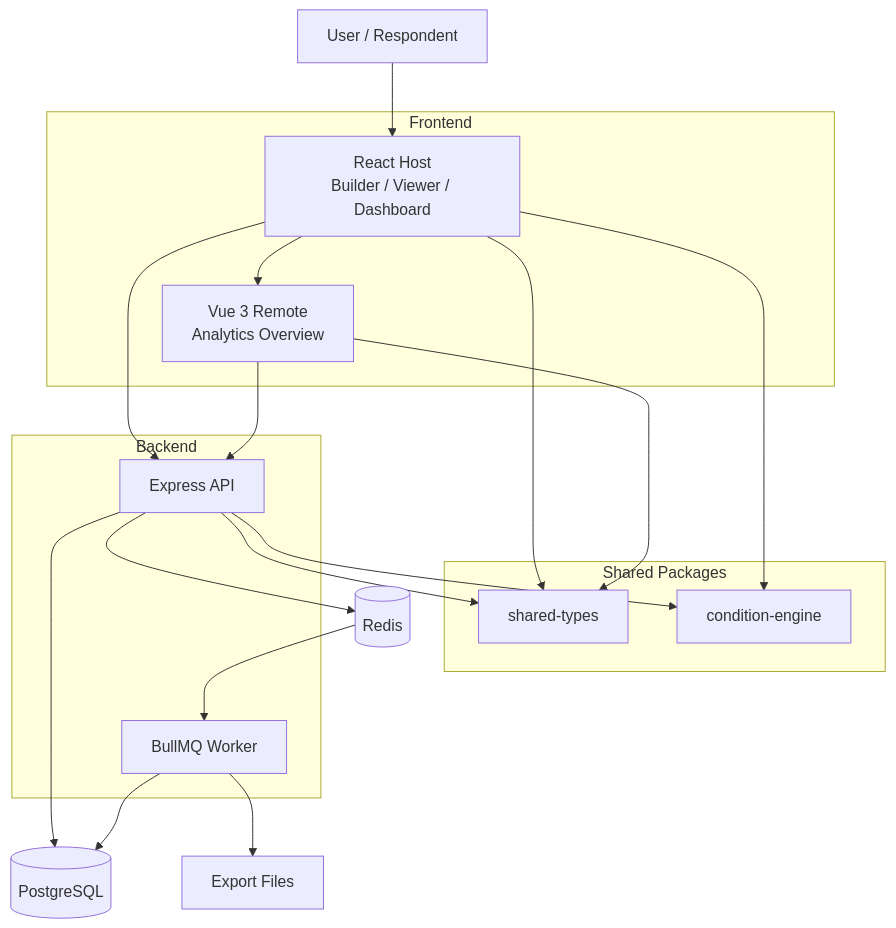
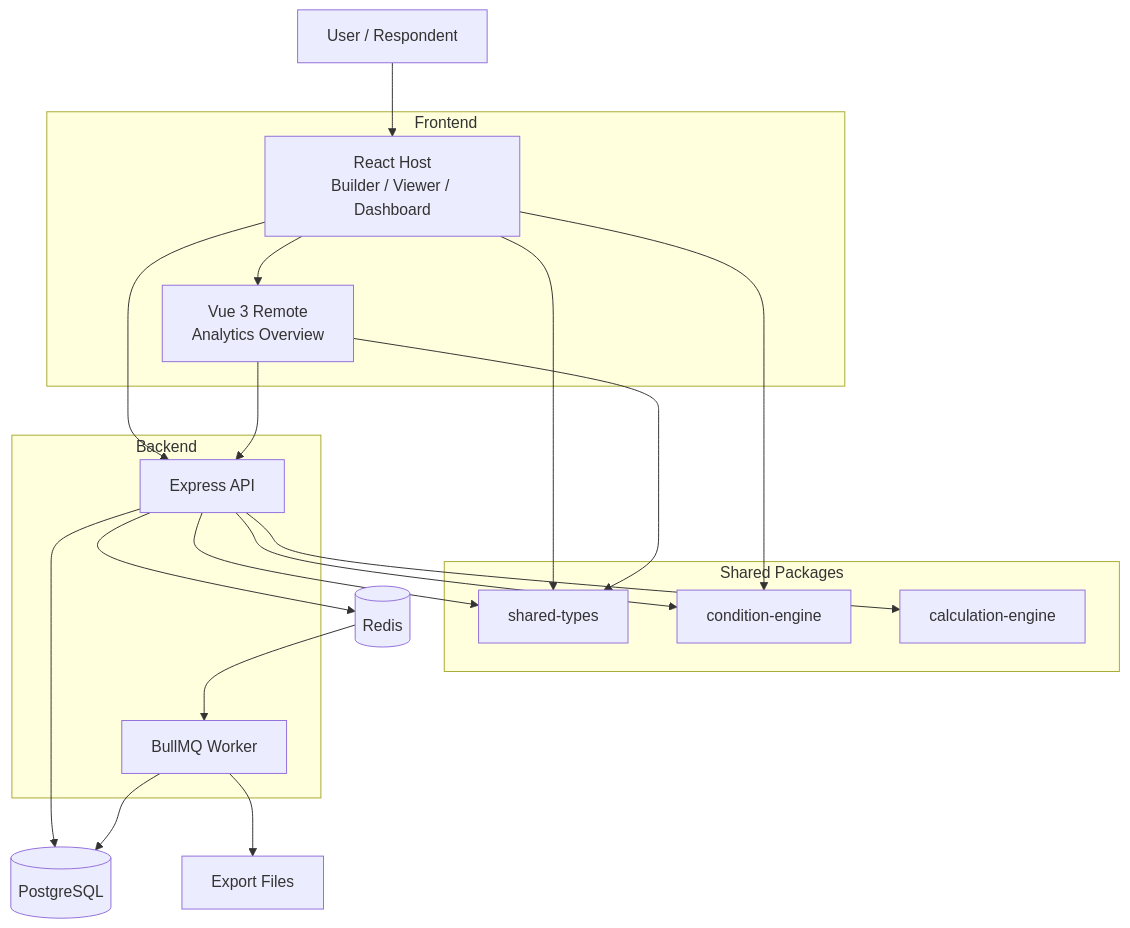
Before and after one commit to sanya-shch/quorvia: the first of 4 diagrams in docs/architecture.md, drawn with Mermaid. The commit also changed other lines of this file and 60 other files, not shown here.

````diff
--- a/docs/architecture.md
+++ b/docs/architecture.md
@@ -31,44 +34,46 @@
 ```mermaid
 flowchart TB
     User["User / Respondent"]
 
     subgraph Frontend["Frontend"]
         React["React Host<br/>Builder / Viewer / Dashboard"]
         Vue["Vue 3 Remote<br/>Analytics Overview"]
     end
 
     subgraph Shared["Shared Packages"]
         Types["shared-types"]
         Engine["condition-engine"]
+        Calc["calculation-engine"]
     end
 
     subgraph Backend["Backend"]
         API["Express API"]
         Worker["BullMQ Worker"]
     end
 
     DB[("PostgreSQL")]
     Redis[("Redis")]
     Storage["Export Files"]
 
     User --> React
 
     React --> API
     React --> Vue
 
     Vue --> API
 
     React --> Types
     Vue --> Types
     API --> Types
 
     React --> Engine
     API --> Engine
+    API --> Calc
 
     API --> DB
     API --> Redis
 
     Redis --> Worker
     Worker --> DB
     Worker --> Storage
 ```
````
